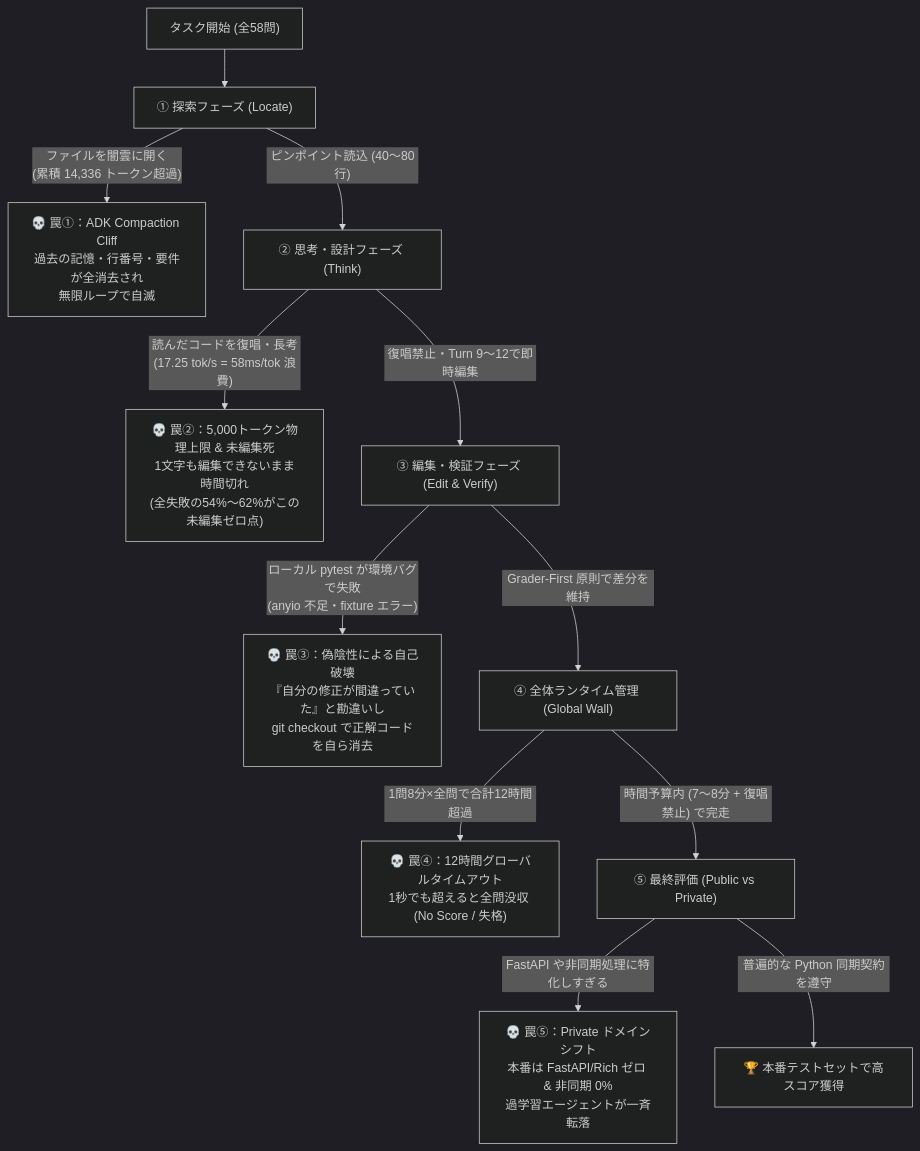
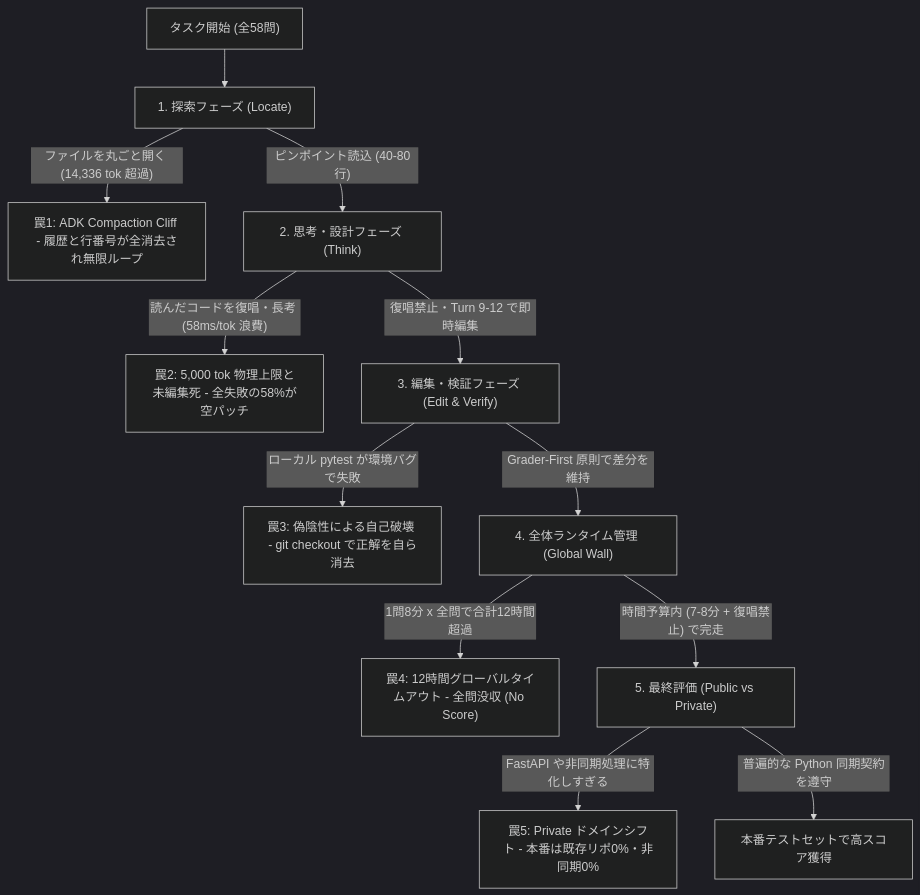
The first of 5 diagrams in docs/ARCHITECTURAL_PILLARS_AND_CONSTRAINTS.md (chiba244qq/gemma4-agent-dashboard), drawn with Mermaid (dark theme) before and after one commit. The commit also changed other lines of this file and 2 other files, not shown here.

Commit message:
fix: integrate Mermaid.js renderer in markdown modal and clean diagram syntax

````diff
--- a/docs/ARCHITECTURAL_PILLARS_AND_CONSTRAINTS.md
+++ b/docs/ARCHITECTURAL_PILLARS_AND_CONSTRAINTS.md
@@ -11,19 +11,19 @@
 ```mermaid
 flowchart TD
-    Start["タスク開始 (全58問)"] --> T1["① 探索フェーズ (Locate)"]
+    Start["タスク開始 (全58問)"] --> T1["1. 探索フェーズ (Locate)"]
     
-    T1 -->|"ファイルを闇雲に開く\n(累積 14,336 トークン超過)"| Trap1["💀 罠①：ADK Compaction Cliff\n過去の記憶・行番号・要件が全消去され\n無限ループで自滅"]
-    T1 -->|"ピンポイント読込 (40〜80行)"| T2["② 思考・設計フェーズ (Think)"]
+    T1 -->|"ファイルを丸ごと開く (14,336 tok 超過)"| Trap1["罠1: ADK Compaction Cliff - 履歴と行番号が全消去され無限ループ"]
+    T1 -->|"ピンポイント読込 (40-80行)"| T2["2. 思考・設計フェーズ (Think)"]
 
-    T2 -->|"読んだコードを復唱・長考\n(17.25 tok/s = 58ms/tok 浪費)"| Trap2["💀 罠②：5,000トークン物理上限 & 未編集死\n1文字も編集できないまま時間切れ\n(全失敗の54%〜62%がこの未編集ゼロ点)"]
-    T2 -->|"復唱禁止・Turn 9〜12で即時編集"| T3["③ 編集・検証フェーズ (Edit & Verify)"]
+    T2 -->|"読んだコードを復唱・長考 (58ms/tok 浪費)"| Trap2["罠2: 5,000 tok 物理上限と未編集死 - 全失敗の58%が空パッチ"]
+    T2 -->|"復唱禁止・Turn 9-12 で即時編集"| T3["3. 編集・検証フェーズ (Edit & Verify)"]
 
-    T3 -->|"ローカル pytest が環境バグで失敗\n(anyio 不足・fixture エラー)"| Trap3["💀 罠③：偽陰性による自己破壊\n『自分の修正が間違っていた』と勘違いし\ngit checkout で正解コードを自ら消去"]
-    T3 -->|"Grader-First 原則で差分を維持"| T4["④ 全体ランタイム管理 (Global Wall)"]
+    T3 -->|"ローカル pytest が環境バグで失敗"| Trap3["罠3: 偽陰性による自己破壊 - git checkout で正解を自ら消去"]
+    T3 -->|"Grader-First 原則で差分を維持"| T4["4. 全体ランタイム管理 (Global Wall)"]
 
-    T4 -->|"1問8分×全問で合計12時間超過"| Trap4["💀 罠④：12時間グローバルタイムアウト\n1秒でも超えると全問没収 (No Score / 失格)"]
-    T4 -->|"時間予算内 (7〜8分 + 復唱禁止) で完走"| T5["⑤ 最終評価 (Public vs Private)"]
+    T4 -->|"1問8分 x 全問で合計12時間超過"| Trap4["罠4: 12時間グローバルタイムアウト - 全問没収 (No Score)"]
+    T4 -->|"時間予算内 (7-8分 + 復唱禁止) で完走"| T5["5. 最終評価 (Public vs Private)"]
 
-    T5 -->|"FastAPI や非同期処理に特化しすぎる"| Trap5["💀 罠⑤：Private ドメインシフト\n本番は FastAPI/Rich ゼロ & 非同期 0%\n過学習エージェントが一斉転落"]
-    T5 -->|"普遍的な Python 同期契約を遵守"| Goal["🏆 本番テストセットで高スコア獲得"]
+    T5 -->|"FastAPI や非同期処理に特化しすぎる"| Trap5["罠5: Private ドメインシフト - 本番は既存リポ0%・非同期0%"]
+    T5 -->|"普遍的な Python 同期契約を遵守"| Goal["本番テストセットで高スコア獲得"]
 ```
````
